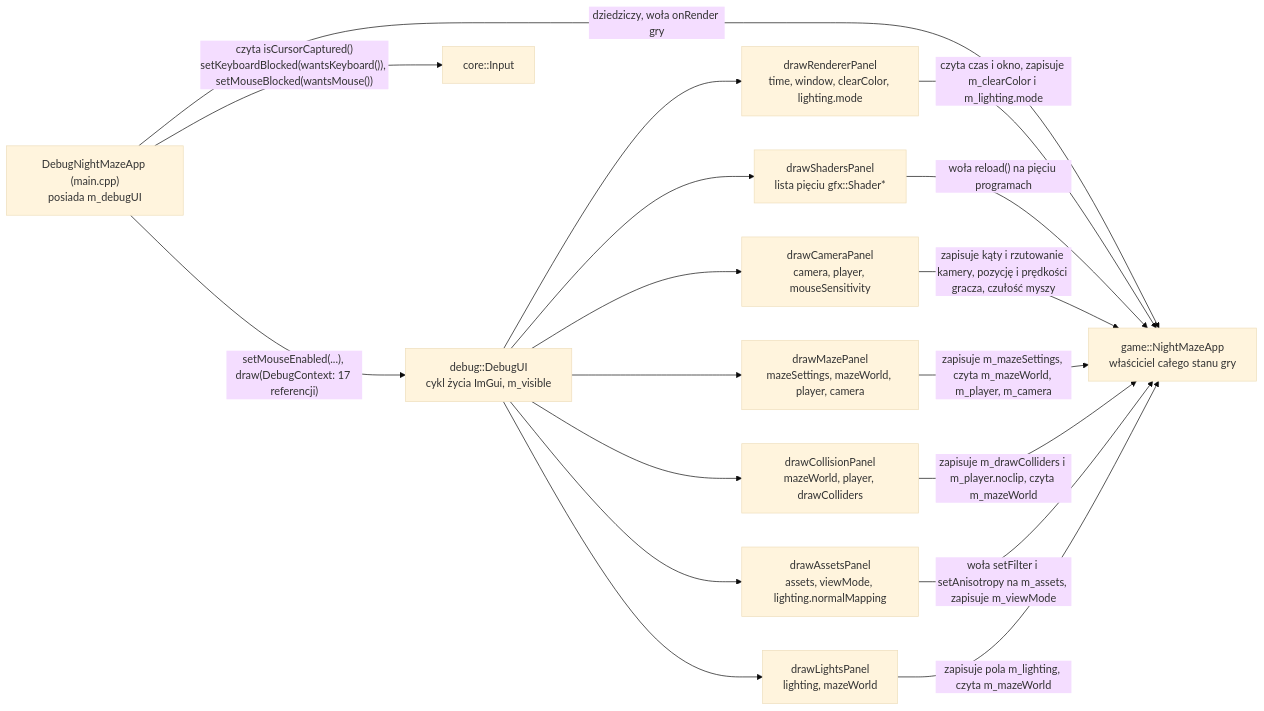
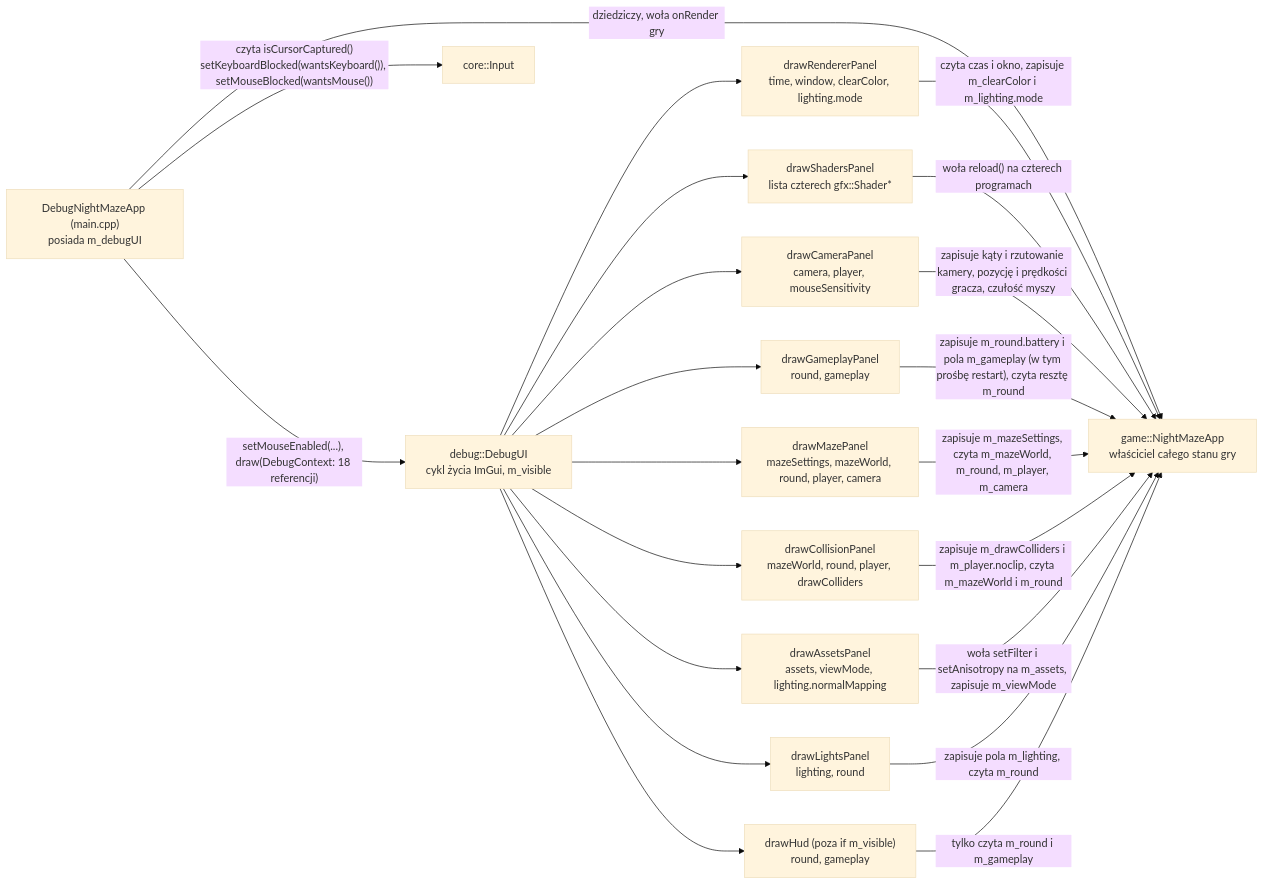
One commit to Shironex/night-maze changed the second of 2 diagrams in docs/modules/debug-ui.md. Above: the diagram before and after it, drawn with Mermaid (base theme). The commit also changed other lines of this file and 17 other files, not shown here.

Commit message:
feat(debug): add the game hud and the gameplay panel

````diff
--- a/docs/modules/debug-ui.md
+++ b/docs/modules/debug-ui.md
@@ -191,20 +200,24 @@
 ```mermaid
 flowchart LR
-    Main["DebugNightMazeApp (main.cpp)<br/>posiada m_debugUI"] -->|"setMouseEnabled(...), draw(DebugContext: 17 referencji)"| UI["debug::DebugUI<br/>cykl życia ImGui, m_visible"]
+    Main["DebugNightMazeApp (main.cpp)<br/>posiada m_debugUI"] -->|"setMouseEnabled(...), draw(DebugContext: 18 referencji)"| UI["debug::DebugUI<br/>cykl życia ImGui, m_visible"]
     Main -->|"dziedziczy, woła onRender gry"| Game["game::NightMazeApp<br/>właściciel całego stanu gry"]
     Main -->|"czyta isCursorCaptured()<br/>setKeyboardBlocked(wantsKeyboard()), setMouseBlocked(wantsMouse())"| In["core::Input"]
     UI --> RP["drawRendererPanel<br/>time, window, clearColor, lighting.mode"]
-    UI --> SP["drawShadersPanel<br/>lista pięciu gfx::Shader*"]
+    UI --> SP["drawShadersPanel<br/>lista czterech gfx::Shader*"]
     UI --> CP["drawCameraPanel<br/>camera, player, mouseSensitivity"]
-    UI --> MP["drawMazePanel<br/>mazeSettings, mazeWorld, player, camera"]
-    UI --> CO["drawCollisionPanel<br/>mazeWorld, player, drawColliders"]
+    UI --> GP["drawGameplayPanel<br/>round, gameplay"]
+    UI --> MP["drawMazePanel<br/>mazeSettings, mazeWorld, round, player, camera"]
+    UI --> CO["drawCollisionPanel<br/>mazeWorld, round, player, drawColliders"]
     UI --> AP["drawAssetsPanel<br/>assets, viewMode, lighting.normalMapping"]
-    UI --> LP["drawLightsPanel<br/>lighting, mazeWorld"]
+    UI --> LP["drawLightsPanel<br/>lighting, round"]
+    UI --> HUD["drawHud (poza if m_visible)<br/>round, gameplay"]
     RP -->|"czyta czas i okno, zapisuje m_clearColor i m_lighting.mode"| Game
-    SP -->|"woła reload() na pięciu programach"| Game
+    SP -->|"woła reload() na czterech programach"| Game
     CP -->|"zapisuje kąty i rzutowanie kamery, pozycję i prędkości gracza, czułość myszy"| Game
-    MP -->|"zapisuje m_mazeSettings, czyta m_mazeWorld, m_player, m_camera"| Game
-    CO -->|"zapisuje m_drawColliders i m_player.noclip, czyta m_mazeWorld"| Game
+    GP -->|"zapisuje m_round.battery i pola m_gameplay (w tym prośbę restart), czyta resztę m_round"| Game
+    MP -->|"zapisuje m_mazeSettings, czyta m_mazeWorld, m_round, m_player, m_camera"| Game
+    CO -->|"zapisuje m_drawColliders i m_player.noclip, czyta m_mazeWorld i m_round"| Game
     AP -->|"woła setFilter i setAnisotropy na m_assets, zapisuje m_viewMode"| Game
-    LP -->|"zapisuje pola m_lighting, czyta m_mazeWorld"| Game
+    LP -->|"zapisuje pola m_lighting, czyta m_round"| Game
+    HUD -->|"tylko czyta m_round i m_gameplay"| Game
 ```
````
